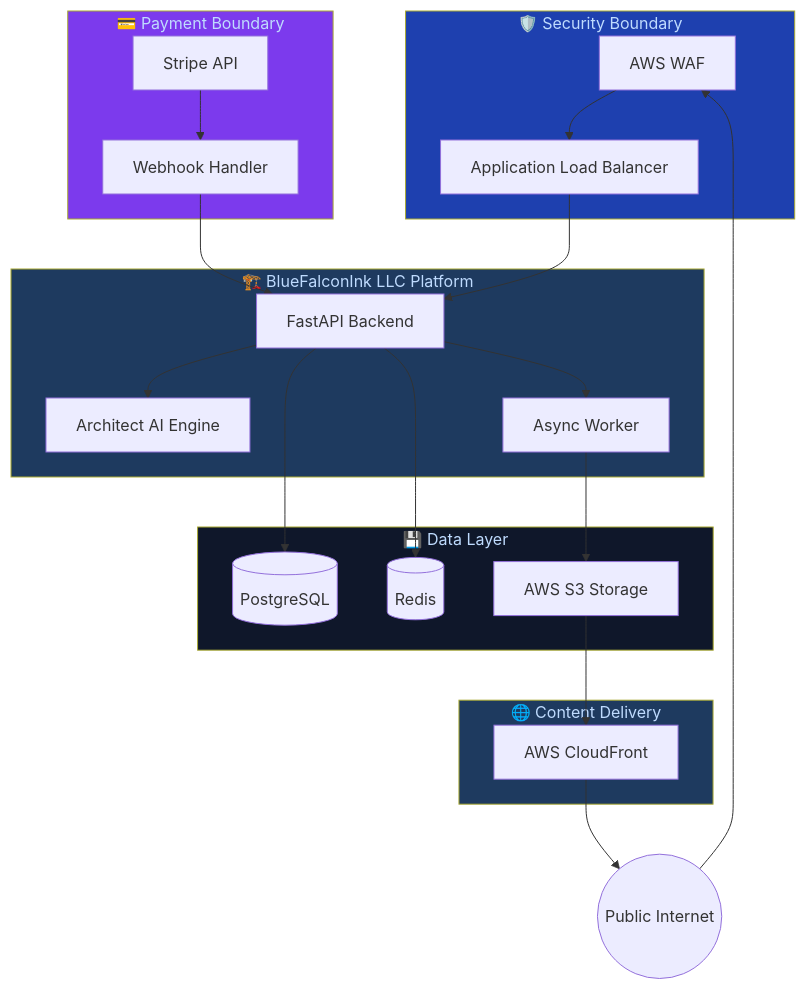
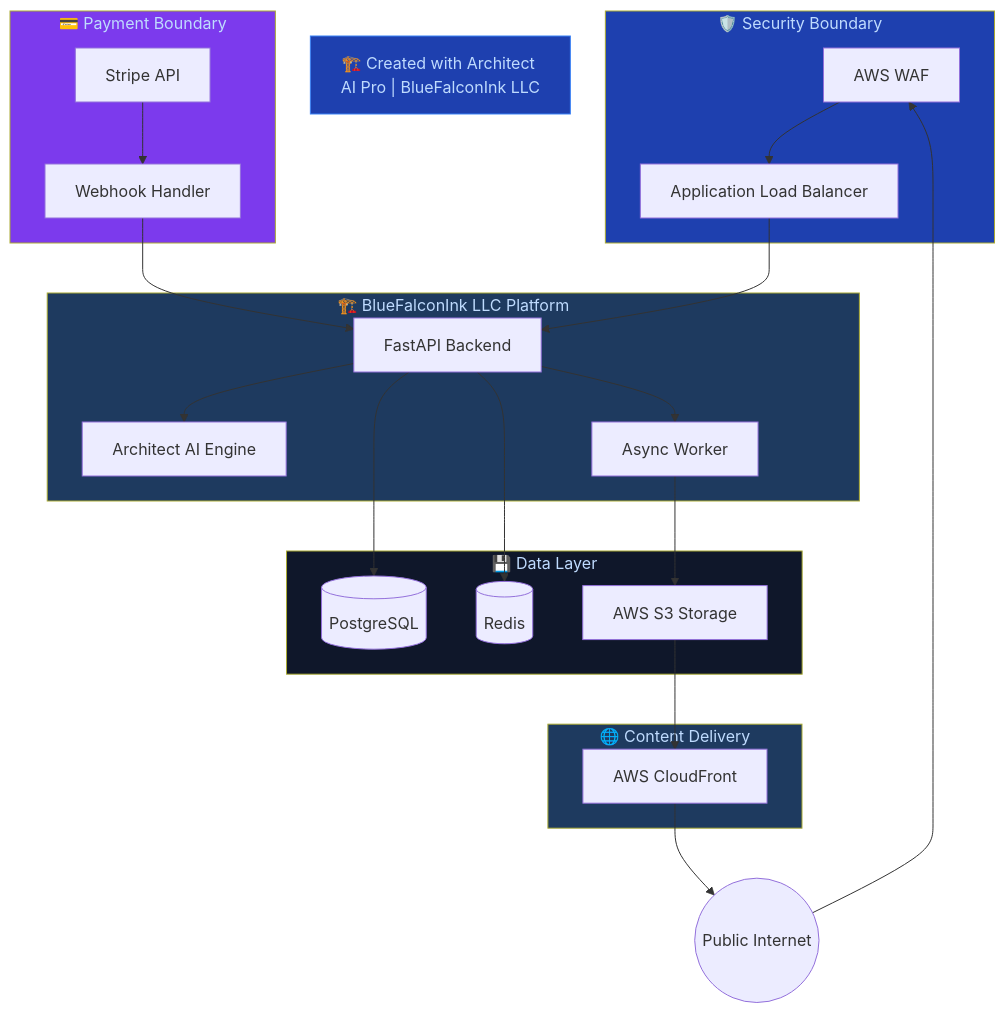
One commit to koreric75/ArchitectAIPro_GHActions changed the diagram in docs/architecture.md. Above: the diagram before and after it, drawn with Mermaid. The commit also changed other lines of this file and 4 other files, not shown here.

First line of the commit message:
brand: enforce BlueFalconInk LLC + Architect AI Pro identity on all diagrams

````diff
--- a/docs/architecture.md
+++ b/docs/architecture.md
@@ -9,50 +10,53 @@
 ```mermaid
-%% BlueFalconInk LLC Architecture Standard v1.0
-%% Generated by Architect AI Pro
+%% Generated by Architect AI Pro | BlueFalconInk LLC
+%% https://architect-ai-pro-mobile-edition-484078543321.us-west1.run.app/
 
 graph TB
     subgraph Security["🛡️ Security Boundary"]
         WAF[AWS WAF]
         ALB[Application Load Balancer]
     end
 
     subgraph Application["🏗️ BlueFalconInk LLC Platform"]
         API[FastAPI Backend]
         Worker[Async Worker]
         ArchAI[Architect AI Engine]
     end
 
     subgraph Data["💾 Data Layer"]
         DB[(PostgreSQL)]
         Cache[(Redis)]
         S3[AWS S3 Storage]
     end
 
     subgraph CDN["🌐 Content Delivery"]
         CF[AWS CloudFront]
     end
 
     subgraph Payment["💳 Payment Boundary"]
         Stripe[Stripe API]
         Webhook[Webhook Handler]
     end
 
     Internet((Public Internet)) --> WAF
     WAF --> ALB
     ALB --> API
     API --> ArchAI
     API --> DB
     API --> Cache
     API --> Worker
     Worker --> S3
     S3 --> CF
     CF --> Internet
     Stripe --> Webhook
     Webhook --> API
 
+    FOOTER["🏗️ Created with Architect AI Pro | BlueFalconInk LLC"]
+
     style Security fill:#1E40AF,color:#BFDBFE
     style Application fill:#1E3A5F,color:#BFDBFE
     style Data fill:#0F172A,color:#BFDBFE
     style CDN fill:#1E3A5F,color:#BFDBFE
     style Payment fill:#7C3AED,color:#BFDBFE
+    style FOOTER fill:#1E40AF,color:#BFDBFE,stroke:#3B82F6
 ```
````
